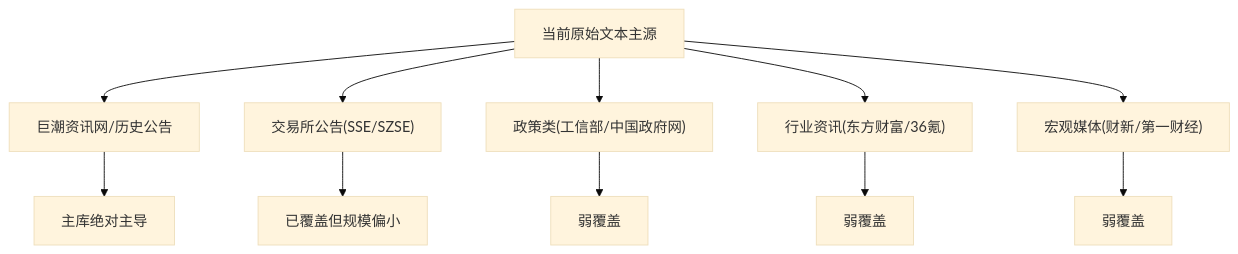
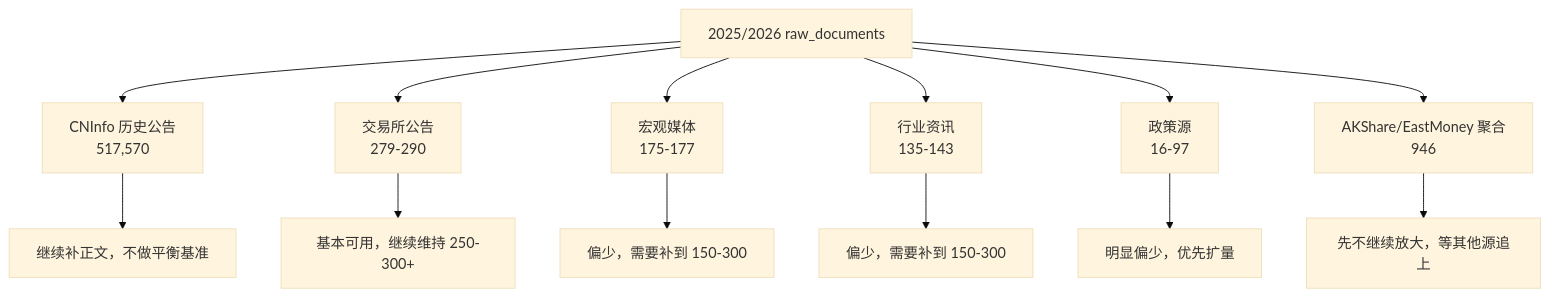
One commit to Timcai06/SPM changed the first of 2 diagrams in docs/data/source-expansion-plan.md. Above: the diagram before and after it, drawn with Mermaid (base theme). The commit also changed other lines of this file and 18 other files, not shown here.

````diff
--- a/docs/data/source-expansion-plan.md
+++ b/docs/data/source-expansion-plan.md
@@ -27,14 +44,16 @@
 ```mermaid
 flowchart TD
-    A["当前原始文本主源"] --> B["巨潮资讯网/历史公告"]
-    A --> C["交易所公告(SSE/SZSE)"]
-    A --> D["政策类(工信部/中国政府网)"]
-    A --> E["行业资讯(东方财富/36氪)"]
-    A --> F["宏观媒体(财新/第一财经)"]
+    A["2025/2026 raw_documents"] --> B["CNInfo 历史公告<br/>517,570"]
+    A --> C["交易所公告<br/>279-290"]
+    A --> D["宏观媒体<br/>175-177"]
+    A --> E["行业资讯<br/>135-143"]
+    A --> F["政策源<br/>16-97"]
+    A --> G["AKShare/EastMoney 聚合<br/>946"]
 
-    B --> G["主库绝对主导"]
-    C --> H["已覆盖但规模偏小"]
-    D --> I["弱覆盖"]
-    E --> J["弱覆盖"]
-    F --> K["弱覆盖"]
+    B --> H["继续补正文，不做平衡基准"]
+    C --> I["基本可用，继续维持 250-300+ "]
+    D --> J["偏少，需要补到 150-300"]
+    E --> K["偏少，需要补到 150-300"]
+    F --> L["明显偏少，优先扩量"]
+    G --> M["先不继续放大，等其他源追上"]
 ```
````
